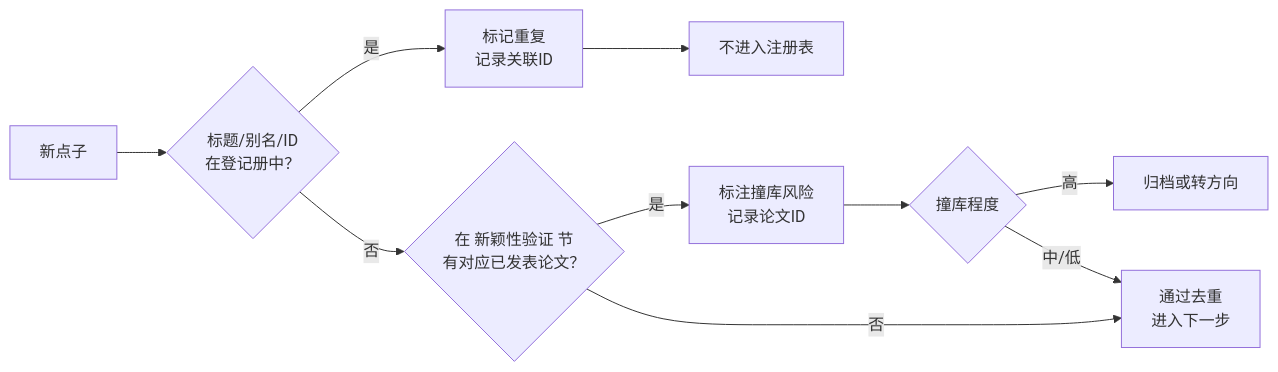
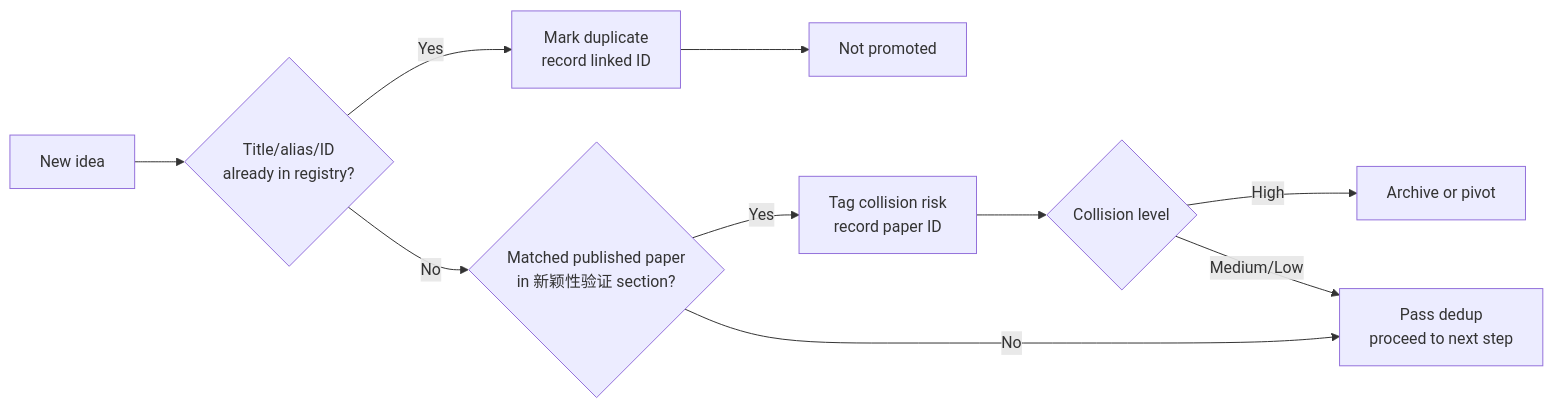
The diagram in README.md (zhonxia/research-ideation), drawn with Mermaid before and after one commit.

Commit message:
fix: use English in README dedup flowchart

````diff
--- a/README.md
+++ b/README.md
@@ -41,12 +41,12 @@
 ```mermaid
 flowchart LR
-    A[新点子] --> B{标题/别名/ID<br>在登记册中？}
-    B -->|是| C[标记重复<br>记录关联ID]
-    B -->|否| D{在 新颖性验证 节<br>有对应已发表论文？}
-    D -->|是| E[标注撞库风险<br>记录论文ID]
-    D -->|否| F[通过去重<br>进入下一步]
-    C --> G[不进入注册表]
-    E --> H{撞库程度}
-    H -->|高| I[归档或转方向]
-    H -->|中/低| F
+    A[New idea] --> B{Title/alias/ID<br>already in registry?}
+    B -->|Yes| C[Mark duplicate<br>record linked ID]
+    B -->|No| D{Matched published paper<br>in 新颖性验证 section?}
+    D -->|Yes| E[Tag collision risk<br>record paper ID]
+    D -->|No| F[Pass dedup<br>proceed to next step]
+    C --> G[Not promoted]
+    E --> H{Collision level}
+    H -->|High| I[Archive or pivot]
+    H -->|Medium/Low| F
 ```
````
